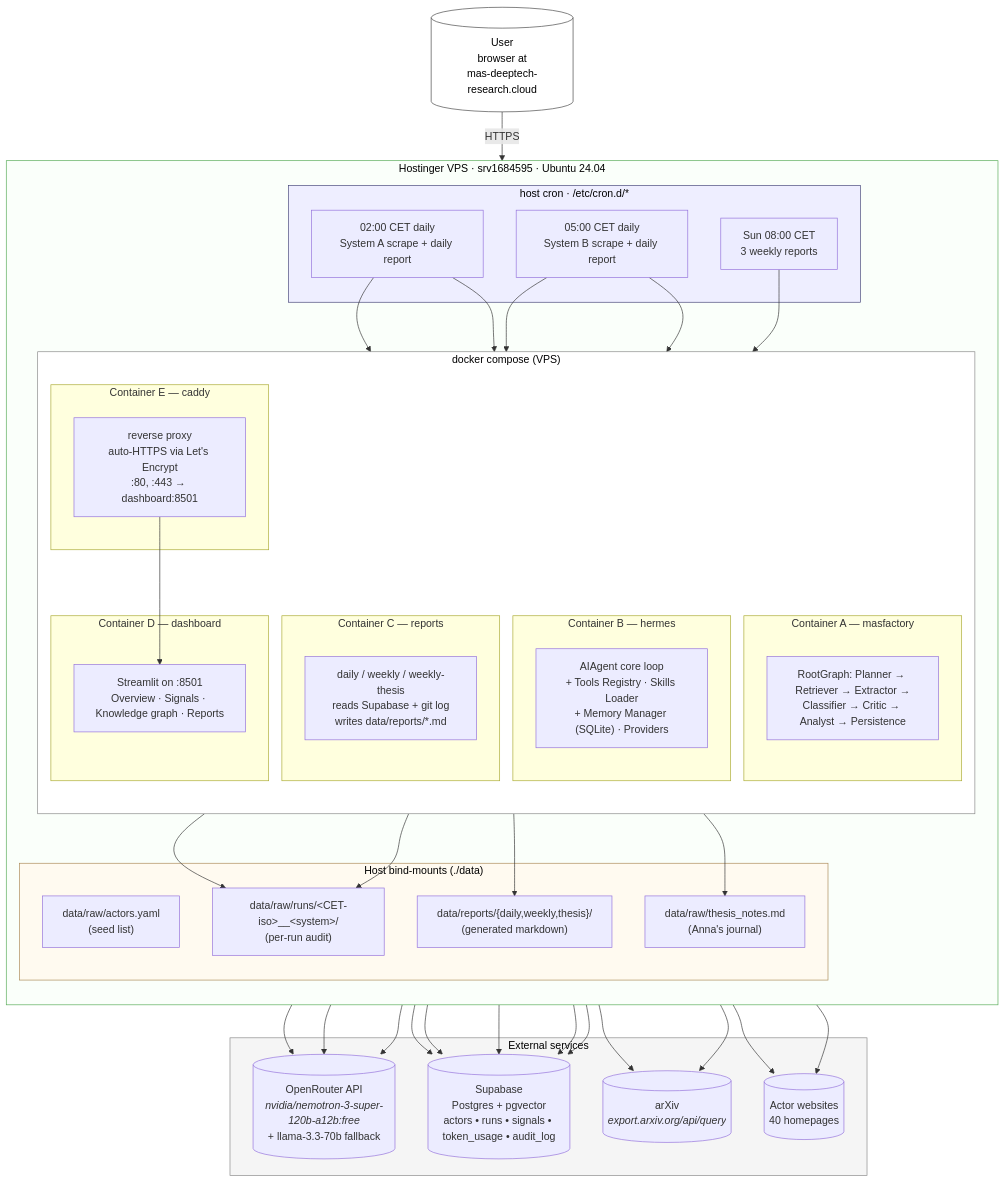
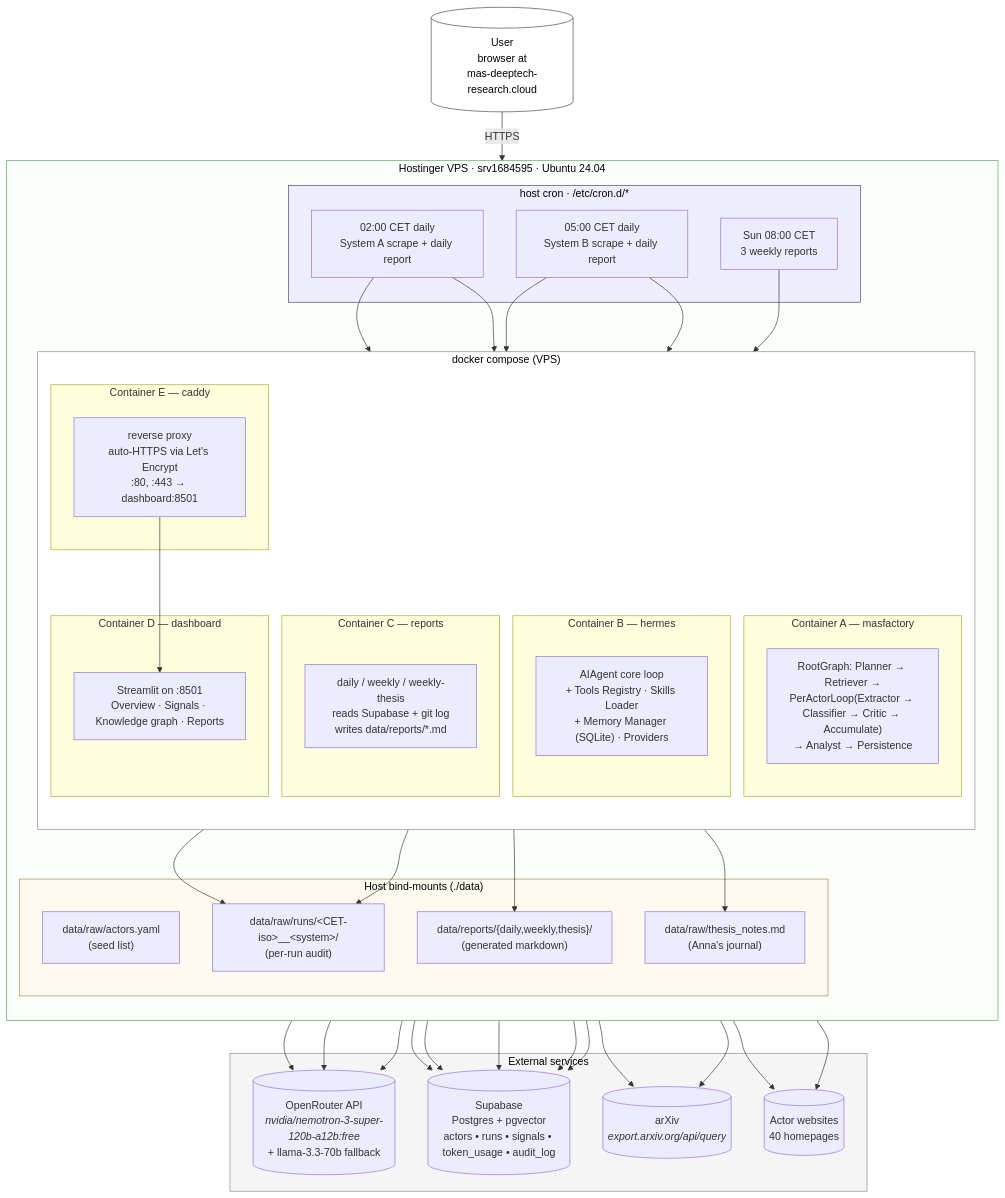
One commit to annageiser/mas-deeptech-research changed the diagram in docs/architecture.md. Above: the diagram before and after it, drawn with Mermaid. The commit also changed other lines of this file and 2 other files, not shown here.

First line of the commit message:
Loop tests + migrations doc + architecture diagram update

```diff
--- a/docs/architecture.md
+++ b/docs/architecture.md
@@ -31,7 +31,7 @@
             direction TB
 
             subgraph A [Container A — masfactory]
-                MA["RootGraph: Planner → Retriever → Extractor →<br/>Classifier → Critic → Analyst → Persistence"]
+                MA["RootGraph: Planner → Retriever →<br/>PerActorLoop(Extractor → Classifier → Critic → Accumulate)<br/>→ Analyst → Persistence"]
             end
 
             subgraph B [Container B — hermes]
```
